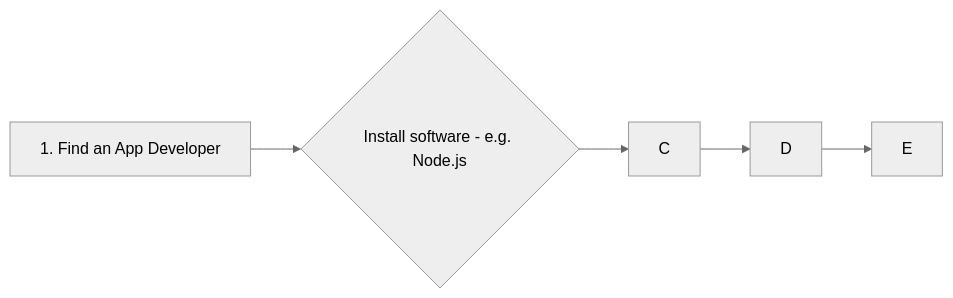
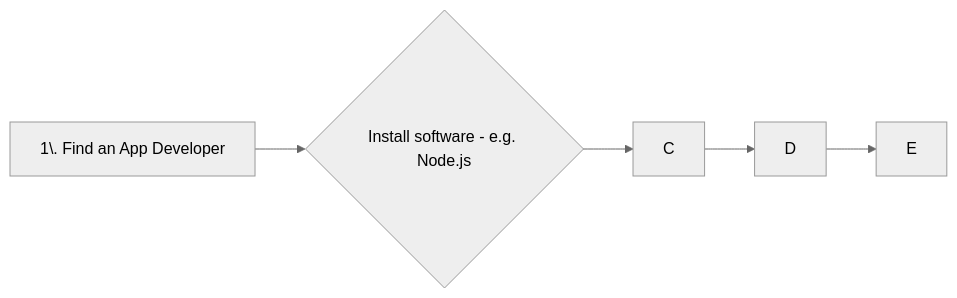
Before and after one commit to hmelner/MeshtasticNetworkGuide: the diagram in CommsAppBuilding&EASGuide.md, drawn with Mermaid (neutral theme).

````diff
--- a/CommsAppBuilding&EASGuide.md
+++ b/CommsAppBuilding&EASGuide.md
@@ -3,7 +3,7 @@
 ```mermaid
   graph LR
-  A["1. Find an App Developer"] --> B{"Install software - e.g. Node.js"}
+  A["1\. Find an App Developer"] --> B{"Install software - e.g. Node.js"}
   B-->C
   C-->D
   D-->E
 ```
````
